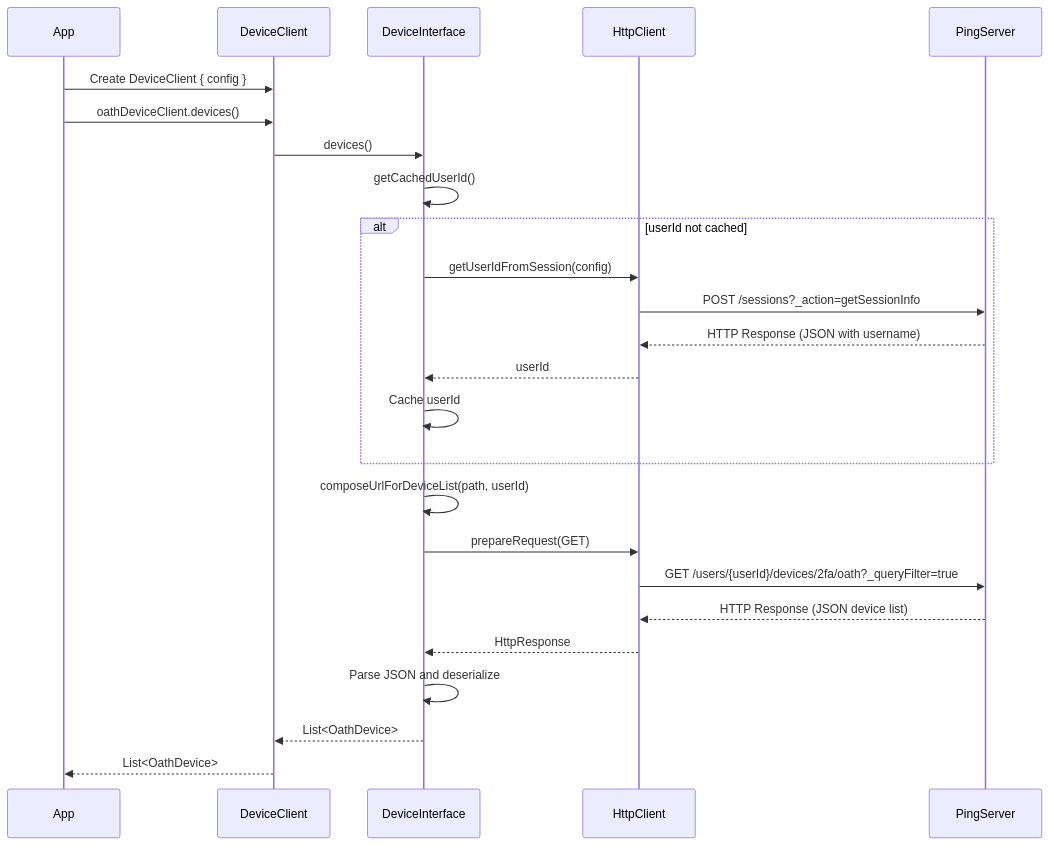
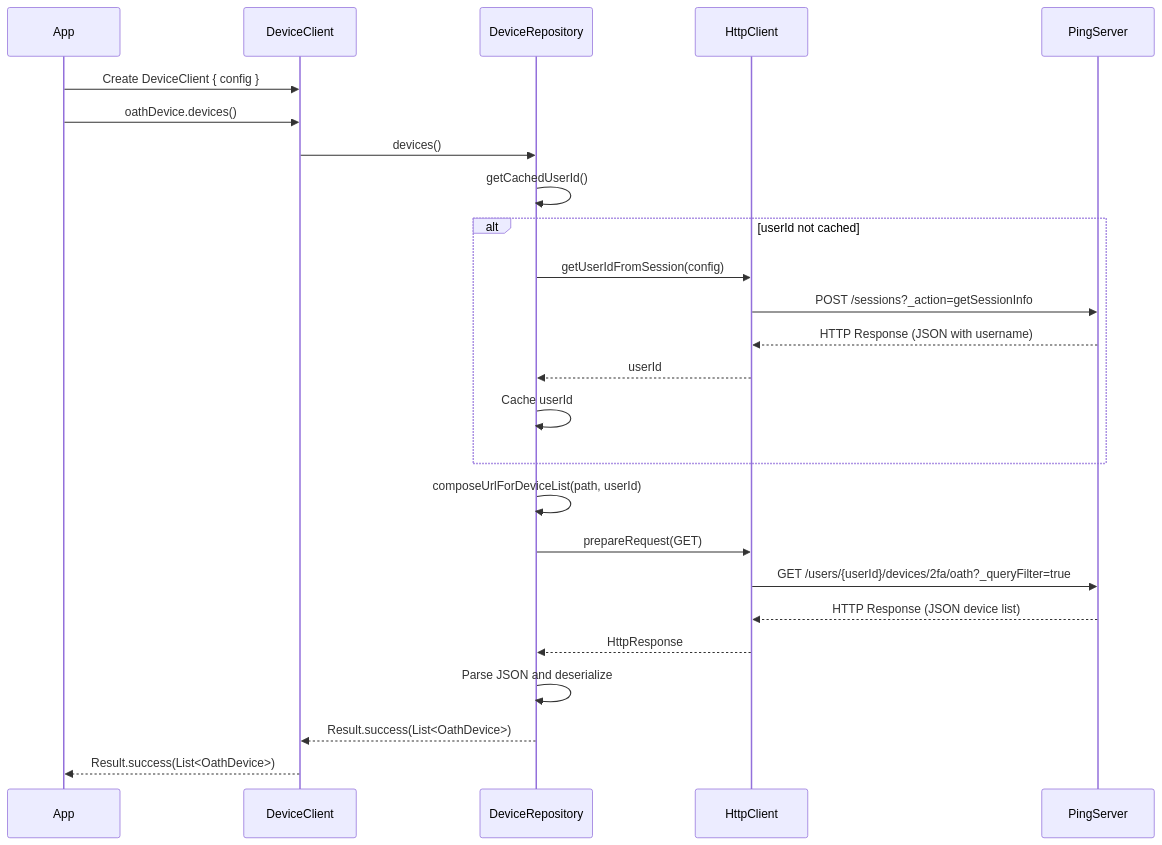
The second of 2 diagrams in foundation/device/device-client/CONCEPT.md (ForgeRock/ping-android-sdk), drawn with Mermaid before and after one commit. The commit also changed other lines of this file and 1 other file, not shown here.

Commit message:
Refactor: Rename DeviceInterface to DeviceRepository and update methods to return Result type for improved error handling

````diff
--- a/foundation/device/device-client/CONCEPT.md
+++ b/foundation/device/device-client/CONCEPT.md
@@ -164,28 +167,28 @@
 ```mermaid
 sequenceDiagram
     participant App
     participant DeviceClient
-    participant DeviceInterface
+    participant DeviceRepository
     participant HttpClient
     participant PingServer
     
     App->>DeviceClient: Create DeviceClient { config }
-    App->>DeviceClient: oathDeviceClient.devices()
-    DeviceClient->>DeviceInterface: devices()
-    DeviceInterface->>DeviceInterface: getCachedUserId()
+    App->>DeviceClient: oathDevice.devices()
+    DeviceClient->>DeviceRepository: devices()
+    DeviceRepository->>DeviceRepository: getCachedUserId()
     alt userId not cached
-        DeviceInterface->>HttpClient: getUserIdFromSession(config)
+        DeviceRepository->>HttpClient: getUserIdFromSession(config)
         HttpClient->>PingServer: POST /sessions?_action=getSessionInfo
         PingServer-->>HttpClient: HTTP Response (JSON with username)
-        HttpClient-->>DeviceInterface: userId
-        DeviceInterface->>DeviceInterface: Cache userId
+        HttpClient-->>DeviceRepository: userId
+        DeviceRepository->>DeviceRepository: Cache userId
     end
-    DeviceInterface->>DeviceInterface: composeUrlForDeviceList(path, userId)
-    DeviceInterface->>HttpClient: prepareRequest(GET)
+    DeviceRepository->>DeviceRepository: composeUrlForDeviceList(path, userId)
+    DeviceRepository->>HttpClient: prepareRequest(GET)
     HttpClient->>PingServer: GET /users/{userId}/devices/2fa/oath?_queryFilter=true
     PingServer-->>HttpClient: HTTP Response (JSON device list)
-    HttpClient-->>DeviceInterface: HttpResponse
-    DeviceInterface->>DeviceInterface: Parse JSON and deserialize
-    DeviceInterface-->>DeviceClient: List<OathDevice>
-    DeviceClient-->>App: List<OathDevice>
+    HttpClient-->>DeviceRepository: HttpResponse
+    DeviceRepository->>DeviceRepository: Parse JSON and deserialize
+    DeviceRepository-->>DeviceClient: Result.success(List<OathDevice>)
+    DeviceClient-->>App: Result.success(List<OathDevice>)
 ```
````
